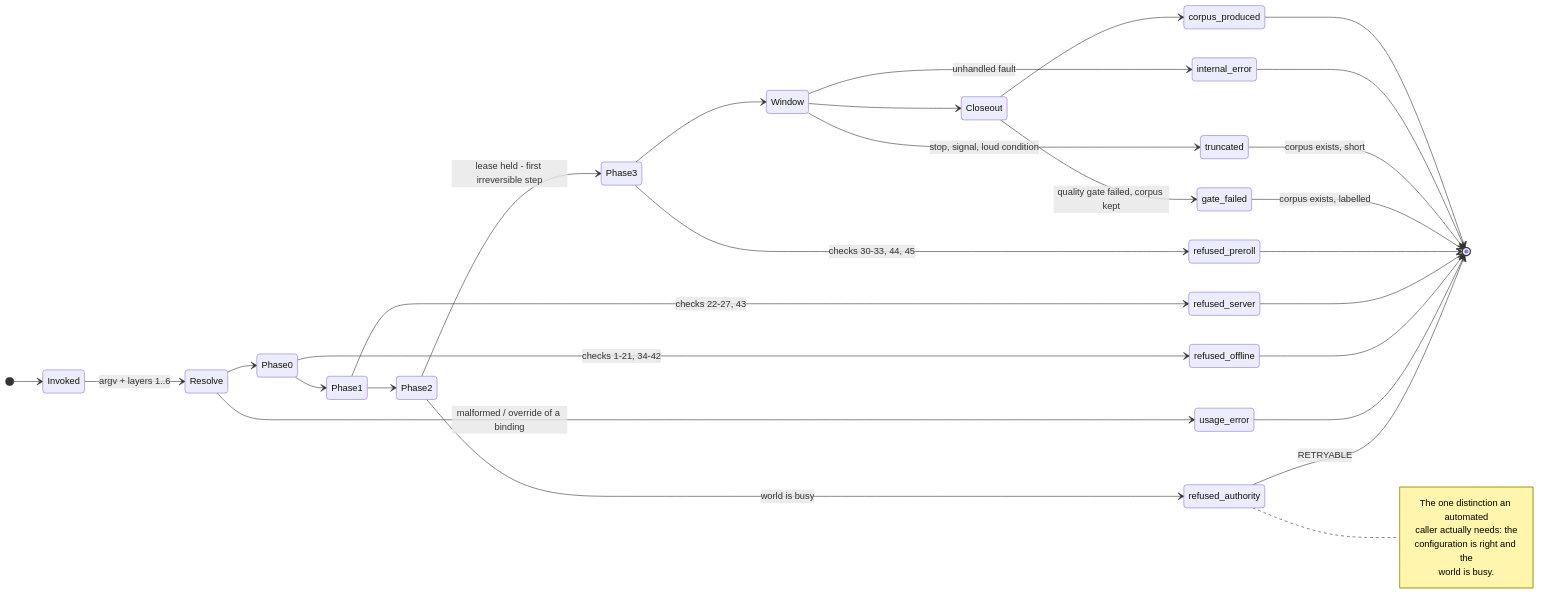
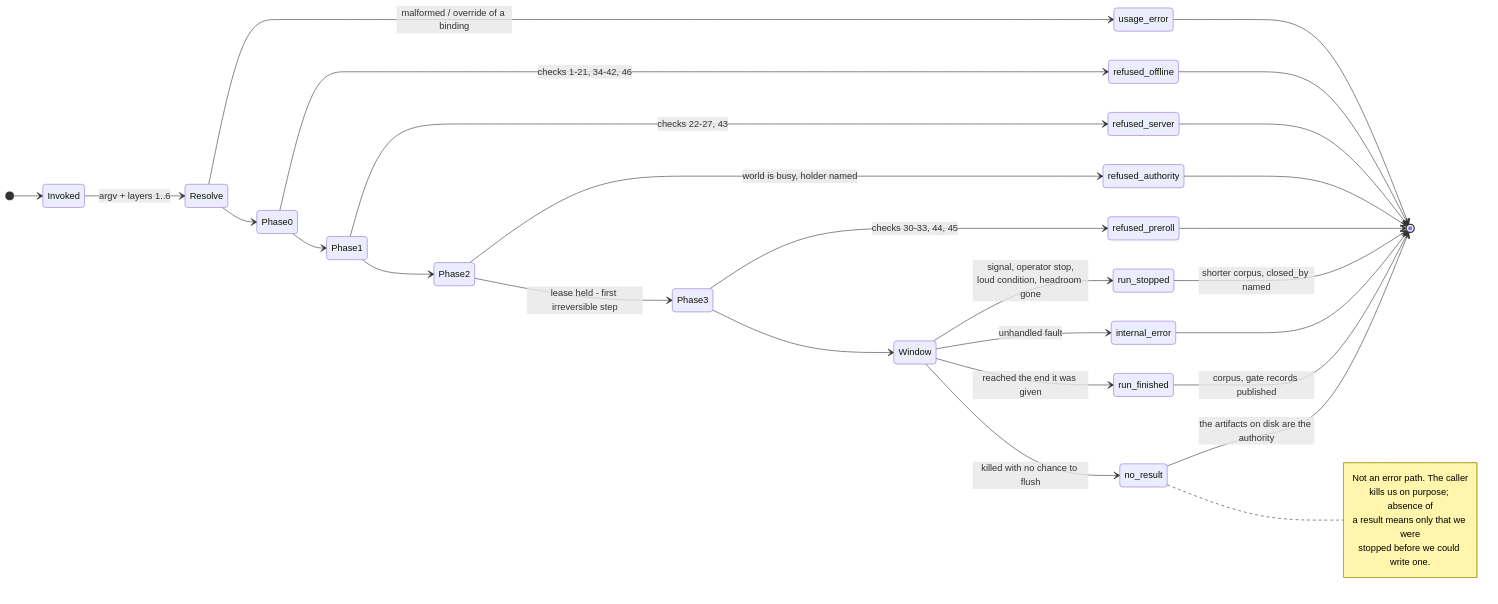
One commit to sbrett9/carla changed the second of 4 diagrams in Docs/CAT_Research/Plans/SUMO_Behavioral_Capture/12_Operator_Control_Surface.md. Above: the diagram before and after it, drawn with Mermaid. The commit also changed other lines of this file and 14 other files, not shown here.

First line of the commit message:
Hand run control to the caller, stop rendering traffic lights

````diff
--- a/Docs/CAT_Research/Plans/SUMO_Behavioral_Capture/12_Operator_Control_Surface.md
+++ b/Docs/CAT_Research/Plans/SUMO_Behavioral_Capture/12_Operator_Control_Surface.md
@@ -573,38 +701,37 @@
 ```mermaid
 stateDiagram-v2
     direction LR
     [*] --> Invoked
     Invoked --> Resolve : argv + layers 1..6
     Resolve --> usage_error : malformed / override of a binding
     Resolve --> Phase0
-    Phase0 --> refused_offline : checks 1-21, 34-42
+    Phase0 --> refused_offline : checks 1-21, 34-42, 46
     Phase0 --> Phase1
     Phase1 --> refused_server : checks 22-27, 43
     Phase1 --> Phase2
-    Phase2 --> refused_authority : world is busy
+    Phase2 --> refused_authority : world is busy, holder named
     Phase2 --> Phase3 : lease held - first irreversible step
     Phase3 --> refused_preroll : checks 30-33, 44, 45
     Phase3 --> Window
-    Window --> truncated : stop, signal, loud condition
+    Window --> run_stopped : signal, operator stop,<br/>loud condition, headroom gone
     Window --> internal_error : unhandled fault
-    Window --> Closeout
-    Closeout --> gate_failed : quality gate failed, corpus kept
-    Closeout --> corpus_produced
+    Window --> run_finished : reached the end it was given
+    Window --> no_result : killed with no chance to flush
 
-    refused_authority --> [*] : RETRYABLE
+    run_finished --> [*] : corpus, gate records published
+    run_stopped --> [*] : shorter corpus, closed_by named
+    no_result --> [*] : the artifacts on disk are the authority
     usage_error --> [*]
     refused_offline --> [*]
     refused_server --> [*]
+    refused_authority --> [*]
     refused_preroll --> [*]
-    gate_failed --> [*] : corpus exists, labelled
-    truncated --> [*] : corpus exists, short
     internal_error --> [*]
-    corpus_produced --> [*]
 
-    note right of refused_authority
-        The one distinction an automated
-        caller actually needs: the
-        configuration is right and the
-        world is busy.
+    note right of no_result
+        Not an error path. The caller
+        kills us on purpose; absence of
+        a result means only that we were
+        stopped before we could write one.
     end note
 ```
````
